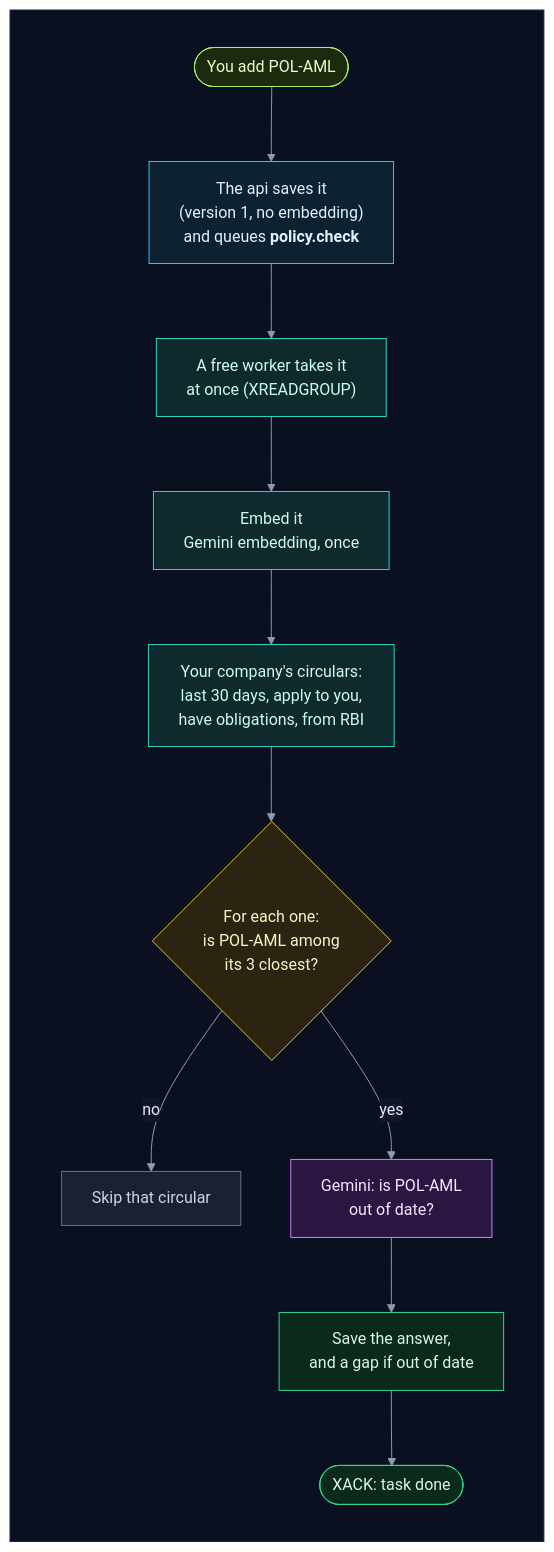
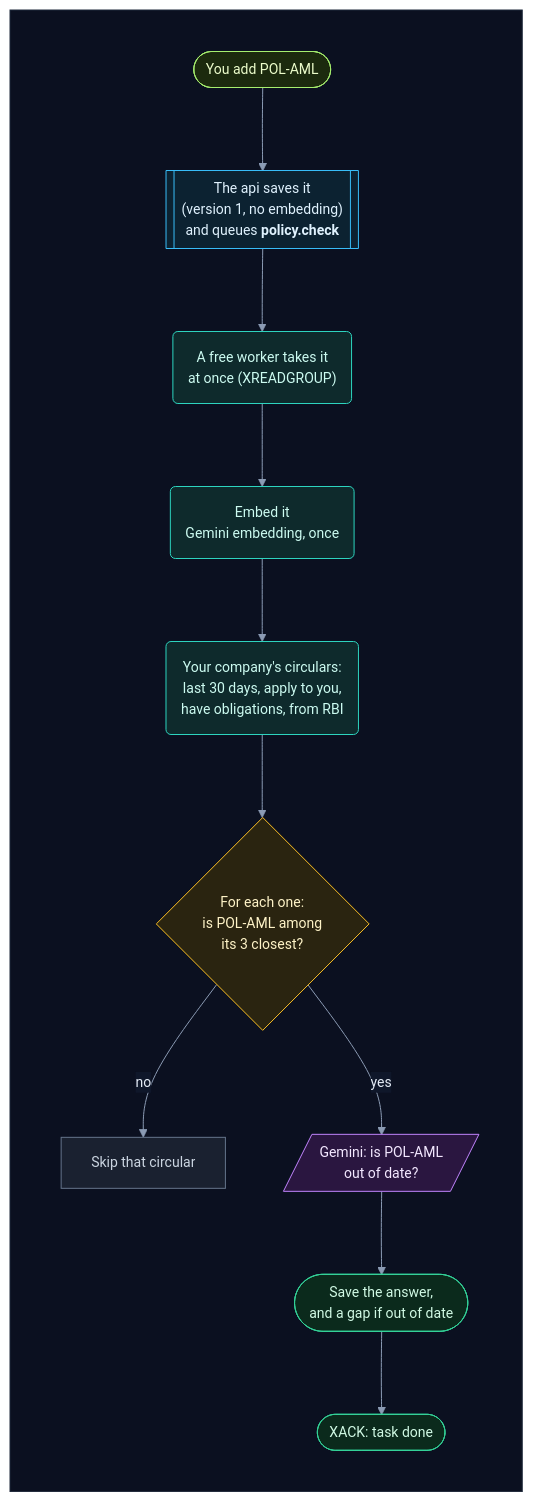
Before and after one commit to selvakumarperumal/Regulatory_Circular_Impact_Agent: the fourth of 21 diagrams in how_the_worker_works.md, drawn with Mermaid. The commit also changed other lines of this file and 5 other files, not shown here.

Commit message:
Give the docs' flowcharts a shape per kind of part, more room and slightly smaller text

````diff
--- a/how_the_worker_works.md
+++ b/how_the_worker_works.md
@@ -322,34 +322,34 @@
 ```mermaid
-%%{init: {"theme": "base", "flowchart": {"diagramPadding": 0}, "themeVariables": {"darkMode": true, "primaryColor": "#16213a", "primaryTextColor": "#e6edf7", "primaryBorderColor": "#475a7a", "lineColor": "#8b9bb4", "secondaryColor": "#1b2436", "tertiaryColor": "#101a2e", "edgeLabelBackground": "#0f172a", "textColor": "#e2e8f0", "clusterBkg": "#0f1728", "clusterBorder": "#2b3a55", "titleColor": "#c4b5fd", "nodeTextColor": "#e6edf7"}}}%%
+%%{init: {"theme": "base", "flowchart": {"diagramPadding": 0, "nodeSpacing": 58, "rankSpacing": 58, "curve": "basis"}, "themeVariables": {"fontSize": "14px", "darkMode": true, "primaryColor": "#16213a", "primaryTextColor": "#e6edf7", "primaryBorderColor": "#475a7a", "lineColor": "#8b9bb4", "secondaryColor": "#1b2436", "tertiaryColor": "#101a2e", "edgeLabelBackground": "#0f172a", "textColor": "#e2e8f0", "clusterBkg": "#0f1728", "clusterBorder": "#2b3a55", "titleColor": "#c4b5fd", "nodeTextColor": "#e6edf7"}}}%%
 flowchart TD
     subgraph canvas[" "]
         direction TB
-        add(["You add POL-AML"]) --> api["The api saves it<br/>(version 1, no embedding)<br/>and queues <b>policy.check</b>"]
-        api --> take["A free worker takes it<br/>at once (XREADGROUP)"]
-        take --> emb["Embed it<br/>Gemini embedding, once"]
-        emb --> find["Your company's circulars:<br/>last 30 days, apply to you,<br/>have obligations, from RBI"]
+        add(["You add POL-AML"]) --> api[["The api saves it<br/>(version 1, no embedding)<br/>and queues <b>policy.check</b>"]]
+        api --> take("A free worker takes it<br/>at once (XREADGROUP)")
+        take --> emb("Embed it<br/>Gemini embedding, once")
+        emb --> find("Your company's circulars:<br/>last 30 days, apply to you,<br/>have obligations, from RBI")
         find --> top{"For each one:<br/>is POL-AML among<br/>its 3 closest?"}
         top -->|"no"| skip["Skip that circular"]
-        top -->|"yes"| ask["Gemini: is POL-AML<br/>out of date?"]
-        ask --> save["Save the answer,<br/>and a gap if out of date"]
+        top -->|"yes"| ask[/"Gemini: is POL-AML<br/>out of date?"/]
+        ask --> save(["Save the answer,<br/>and a gap if out of date"])
         save --> ack(["XACK: task done"])
     end
     classDef svc fill:#0e2a2c,stroke:#2dd4bf,color:#ccfbf1
     classDef data fill:#1c1a47,stroke:#818cf8,color:#e0e7ff
     classDef ext fill:#2a1640,stroke:#c084fc,color:#f3e8ff
     classDef gpu fill:#2d1b0c,stroke:#fb923c,color:#ffedd5
     classDef ask fill:#2a2410,stroke:#fbbf24,color:#fef3c7
     classDef ok fill:#0b2a1c,stroke:#34d399,color:#d1fae5
     classDef bad fill:#2e0f17,stroke:#fb7185,color:#ffe4e6
     classDef start fill:#1c2a0e,stroke:#a7ef6f,color:#ecfccb
     classDef muted fill:#1a2130,stroke:#64748b,color:#cbd5e1
     classDef queue fill:#0c2231,stroke:#38bdf8,color:#e0f2fe
     class add start
     class api queue
     class take,emb,find svc
     class top ask
     class skip muted
     class ask ext
     class save,ack ok
     style canvas fill:#0b1020,stroke:#1e293b,color:#0b1020
 ```
````
